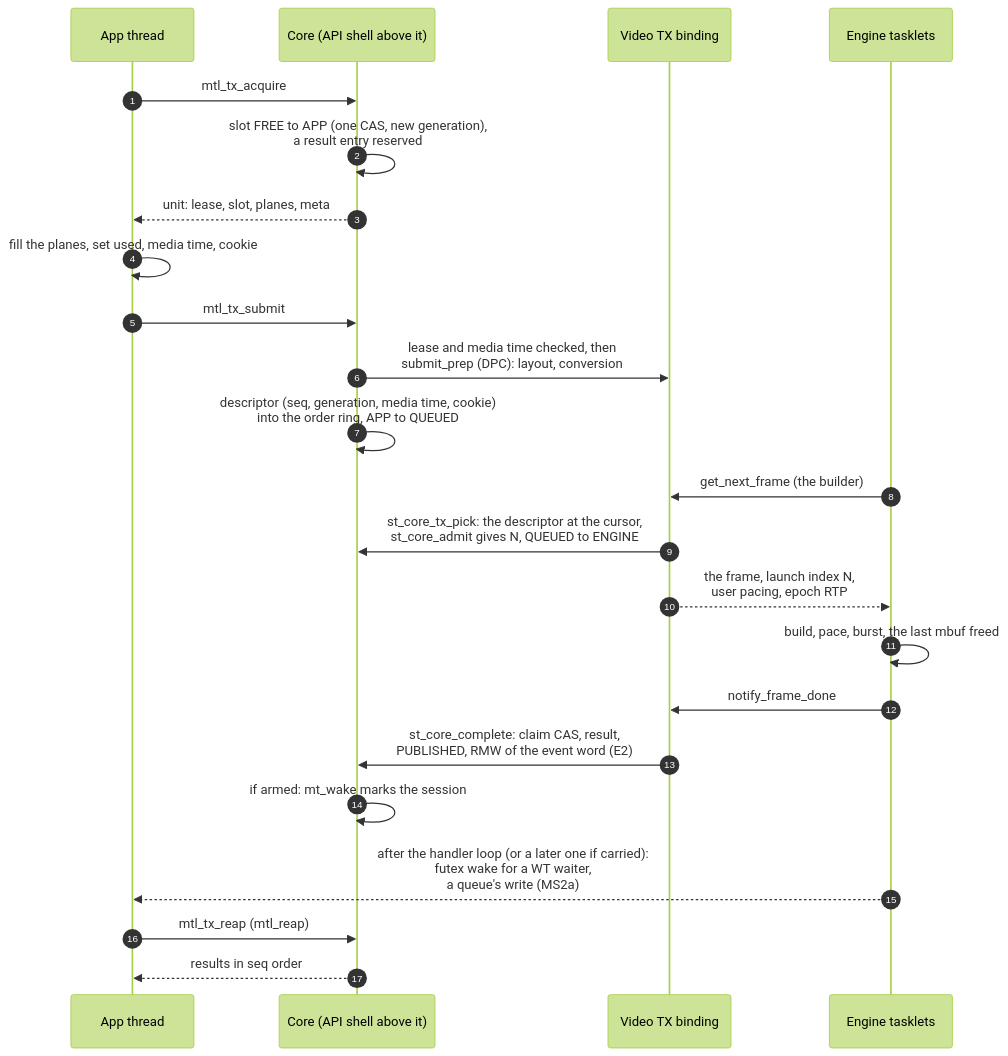
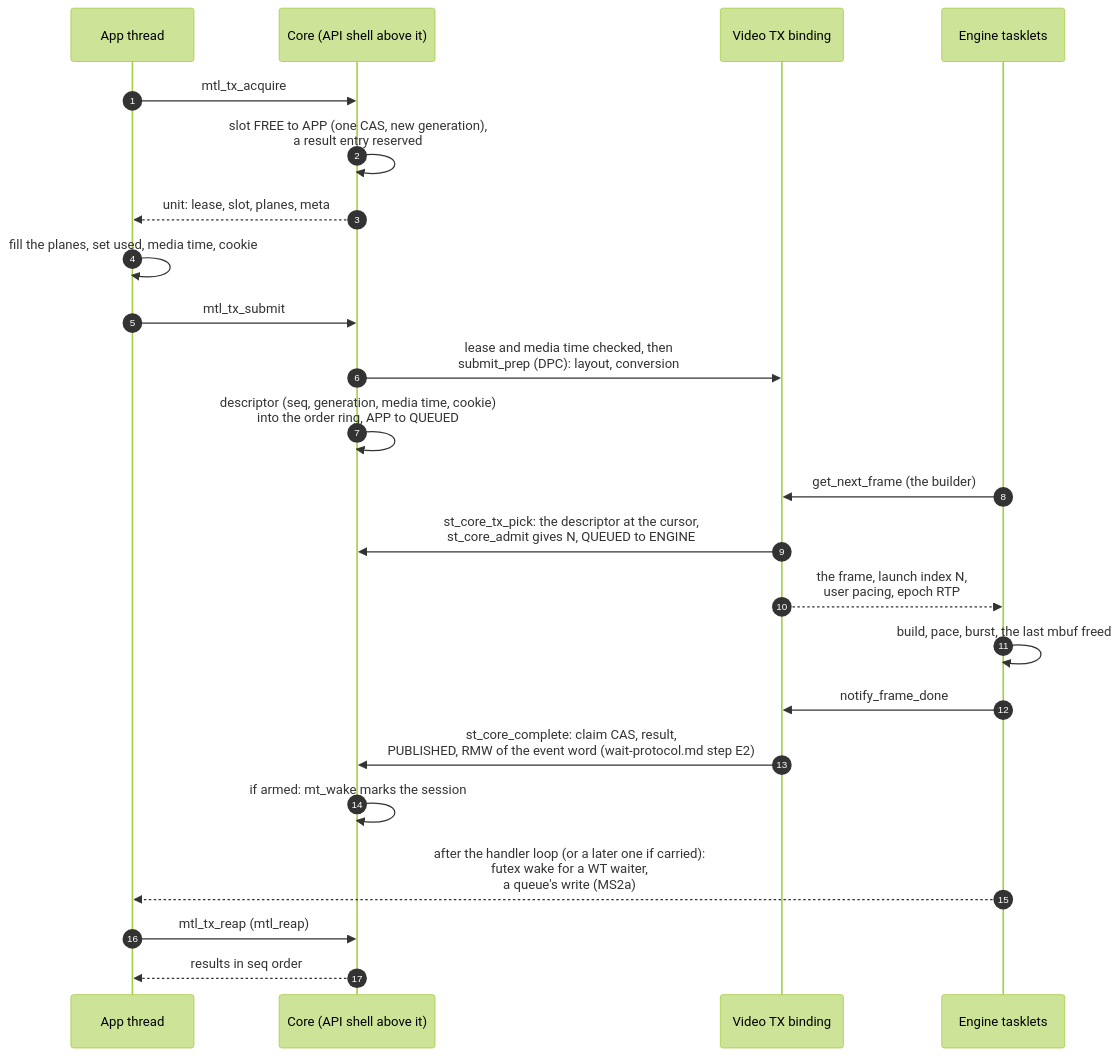
Before and after one commit to OpenVisualCloud/Media-Transport-Library: the third of 14 diagrams in doc/unified-api/core.md, drawn with Mermaid (forest theme). The commit also changed other lines of this file and 38 other files, not shown here.

````diff
--- a/doc/unified-api/core.md
+++ b/doc/unified-api/core.md
@@ -441,25 +446,25 @@
 ```mermaid
 sequenceDiagram
     autonumber
     participant A as App thread
     participant C as Core (API shell above it)
     participant B as Video TX binding
     participant E as Engine tasklets
     A->>C: mtl_tx_acquire
     C->>C: slot FREE to APP (one CAS, new generation),<br/>a result entry reserved
     C-->>A: unit: lease, slot, planes, meta
     A->>A: fill the planes, set used, media time, cookie
     A->>C: mtl_tx_submit
     C->>B: lease and media time checked, then<br/>submit_prep (DPC): layout, conversion
     C->>C: descriptor (seq, generation, media time, cookie)<br/>into the order ring, APP to QUEUED
     E->>B: get_next_frame (the builder)
     B->>C: st_core_tx_pick: the descriptor at the cursor,<br/>st_core_admit gives N, QUEUED to ENGINE
     B-->>E: the frame, launch index N,<br/>user pacing, epoch RTP
     E->>E: build, pace, burst, the last mbuf freed
     E->>B: notify_frame_done
-    B->>C: st_core_complete: claim CAS, result,<br/>PUBLISHED, RMW of the event word (E2)
+    B->>C: st_core_complete: claim CAS, result,<br/>PUBLISHED, RMW of the event word (wait-protocol.md step E2)
     C->>C: if armed: mt_wake marks the session
     E-->>A: after the handler loop (or a later one if carried):<br/>futex wake for a WT waiter,<br/>a queue's write (MS2a)
     A->>C: mtl_tx_reap (mtl_reap)
     C-->>A: results in seq order
 ```
````
